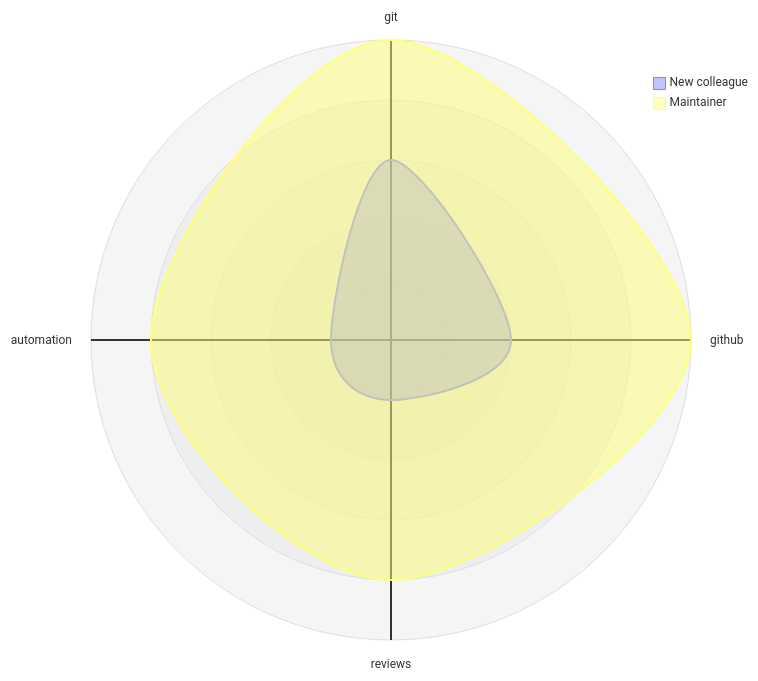
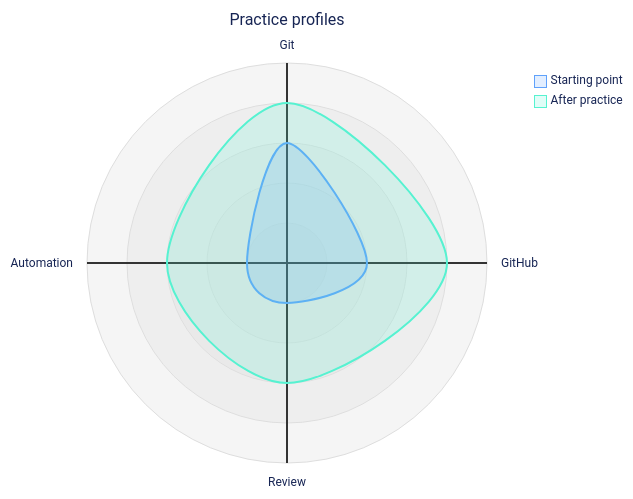
One commit to JeanKadang/DOC-GitHub-Practice-Skills changed diagram 20 of 23 in education/examples/mermaid-diagram-types-showcase.md. Above: the diagram before and after it, drawn with Mermaid. The commit also changed other lines of this file, not shown here.

Commit message:
docs: improve Mermaid showcase visuals

````diff
--- a/education/examples/mermaid-diagram-types-showcase.md
+++ b/education/examples/mermaid-diagram-types-showcase.md
@@ -325,6 +697,28 @@
 ```mermaid
+---
+config:
+  theme: "base"
+  radar:
+    width: 560
+    height: 400
+  themeVariables:
+    primaryColor: "#dbeafe"
+    primaryTextColor: "#172554"
+    primaryBorderColor: "#3b82f6"
+    secondaryColor: "#ccfbf1"
+    tertiaryColor: "#fef3c7"
+    lineColor: "#64748b"
+    fontFamily: "Segoe UI, Arial, sans-serif"
+    radar:
+      curveOpacity: 0.18
+---
 radar-beta
-    axis git, github, reviews, automation
-    curve colleague["New colleague"]{3, 2, 1, 1}
-    curve maintainer["Maintainer"]{5, 5, 4, 4}
+    title Practice profiles
+    axis git["Git"], github["GitHub"], reviews["Review"], automation["Automation"]
+    curve starting["Starting point"]{3, 2, 1, 1}
+    curve practiced["After practice"]{4, 4, 3, 3}
+    min 0
+    max 5
+    ticks 5
+    showLegend true
 ```
````
